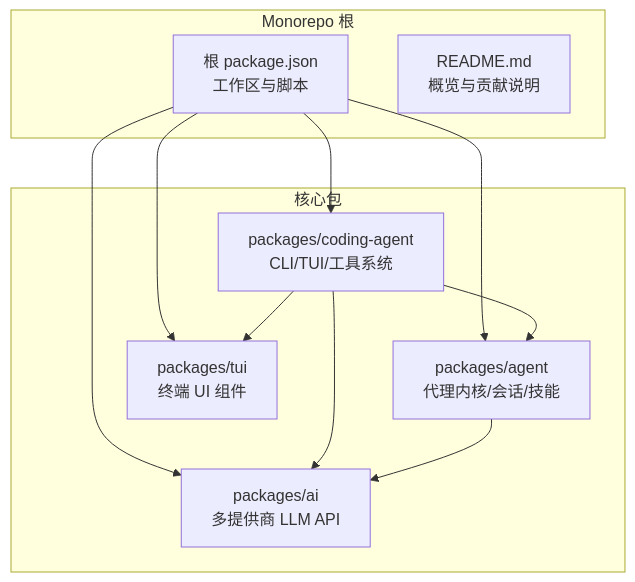
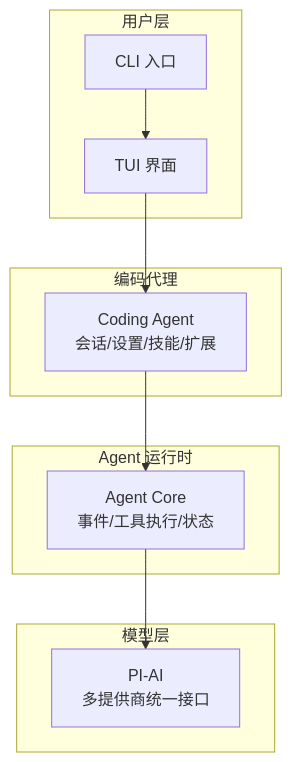
One commit to haolange/pi changed the first of 3 diagrams in .qoder/repowiki/zh/content/编码代理/编码代理.md. Above: the diagram before and after it, drawn with Mermaid. The commit also changed other lines of this file and 246 other files, not shown here.

````diff
--- a/.qoder/repowiki/zh/content/编码代理/编码代理.md
+++ b/.qoder/repowiki/zh/content/编码代理/编码代理.md
@@ -62,21 +49,20 @@
 ```mermaid
 graph TB
-subgraph "Monorepo 根"
-RootPkg["根 package.json<br/>工作区与脚本"]
-Readme["README.md<br/>概览与贡献说明"]
+subgraph "用户层"
+CLI["CLI 入口"]
+TUI["TUI 界面"]
 end
-subgraph "核心包"
-CA["packages/coding-agent<br/>CLI/TUI/工具系统"]
-AG["packages/agent<br/>代理内核/会话/技能"]
-AI["packages/ai<br/>多提供商 LLM API"]
-TUI["packages/tui<br/>终端 UI 组件"]
+subgraph "编码代理"
+CA["Coding Agent<br/>会话/设置/技能/扩展"]
 end
-RootPkg --> CA
-RootPkg --> AG
-RootPkg --> AI
-RootPkg --> TUI
+subgraph "Agent 运行时"
+AG["Agent Core<br/>事件/工具执行/状态"]
+end
+subgraph "模型层"
+AI["PI-AI<br/>多提供商统一接口"]
+end
+CLI --> TUI
+TUI --> CA
 CA --> AG
-CA --> AI
-CA --> TUI
 AG --> AI
 ```
````
